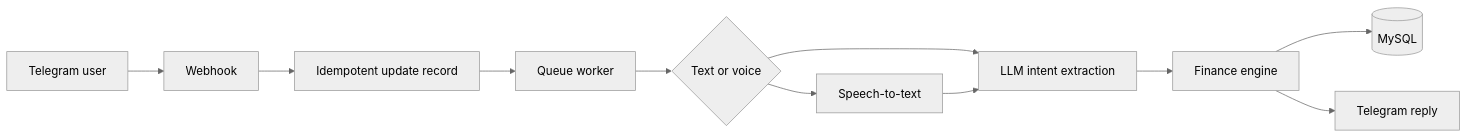
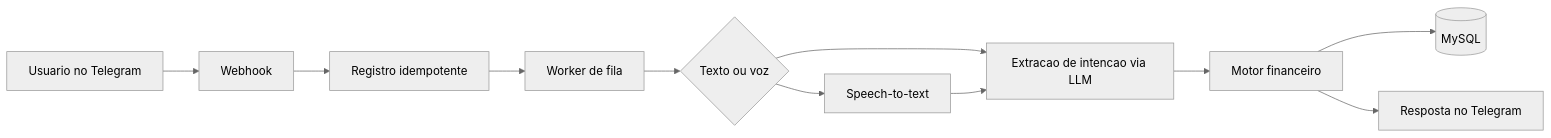
One commit to filpe19/finance-ai-case-study changed the first of 2 diagrams in README.md. Above: the diagram before and after it, drawn with Mermaid (neutral theme). The commit also changed other lines of this file, not shown here.

````diff
--- a/README.md
+++ b/README.md
@@ -27,13 +27,13 @@
 ```mermaid
 flowchart LR
-    A[Telegram user] --> B[Webhook]
-    B --> C[Idempotent update record]
-    C --> D[Queue worker]
-    D --> E{Text or voice}
+    A[Usuario no Telegram] --> B[Webhook]
+    B --> C[Registro idempotente]
+    C --> D[Worker de fila]
+    D --> E{Texto ou voz}
     E --> F[Speech-to-text]
-    E --> G[LLM intent extraction]
+    E --> G[Extracao de intencao via LLM]
     F --> G
-    G --> H[Finance engine]
+    G --> H[Motor financeiro]
     H --> I[(MySQL)]
-    H --> J[Telegram reply]
+    H --> J[Resposta no Telegram]
 ```
````
